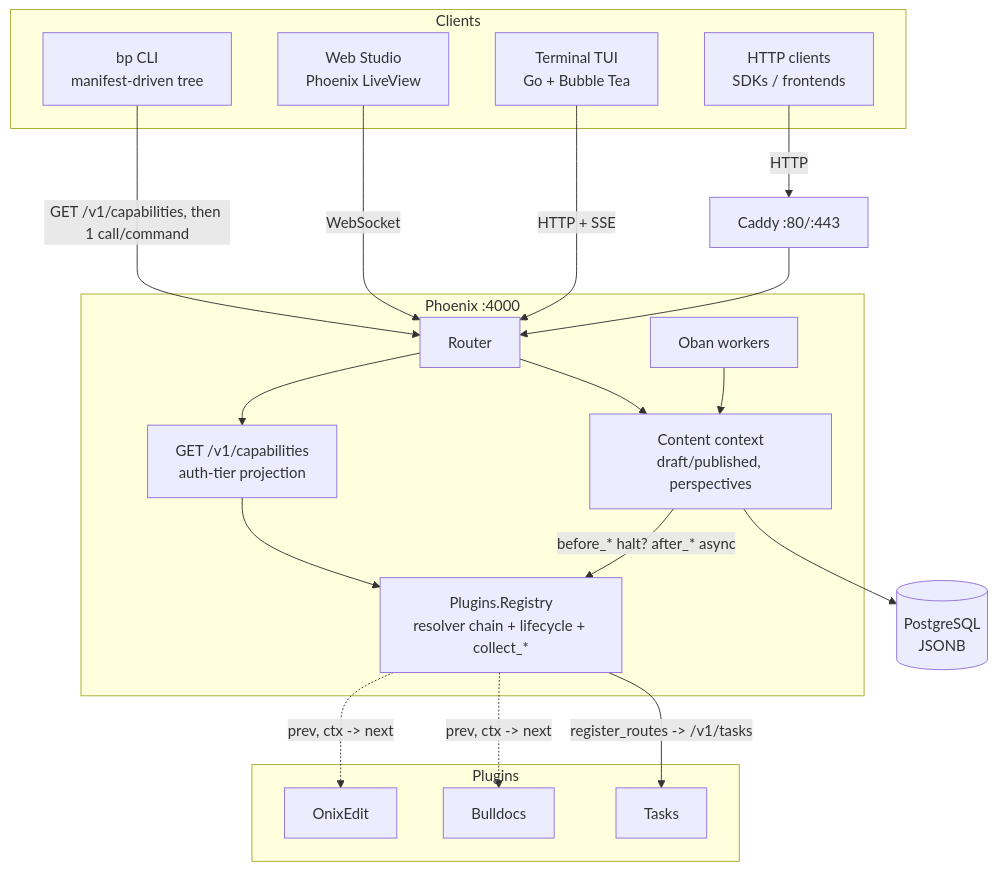
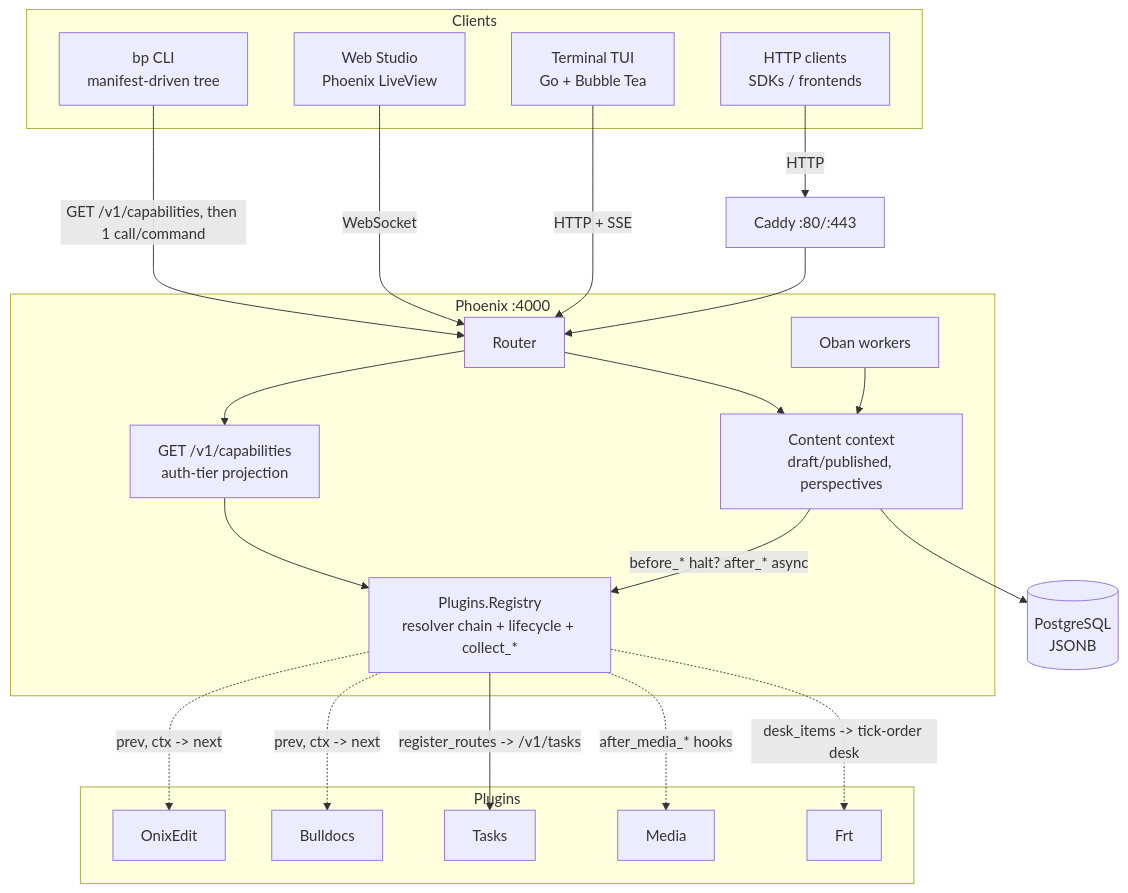
One commit to FRIKKern/barkpark changed the second of 2 diagrams in README.md. Above: the diagram before and after it, drawn with Mermaid. The commit also changed other lines of this file and 12 other files, not shown here.

````diff
--- a/README.md
+++ b/README.md
@@ -361,41 +363,45 @@
 ```mermaid
 flowchart TB
   subgraph Clients
     CLI[bp CLI<br/>manifest-driven tree]
     Studio[Web Studio<br/>Phoenix LiveView]
     TUI[Terminal TUI<br/>Go + Bubble Tea]
     HTTP[HTTP clients<br/>SDKs / frontends]
   end
 
   subgraph Phoenix[Phoenix :4000]
     Router[Router]
     Caps[GET /v1/capabilities<br/>auth-tier projection]
     Content[Content context<br/>draft/published, perspectives]
     Registry[Plugins.Registry<br/>resolver chain + lifecycle + collect_*]
     Workers[Oban workers]
   end
 
   subgraph Plugins
     OnixEdit[OnixEdit]
     Bulldocs[Bulldocs]
     Tasks[Tasks]
+    Media[Media]
+    Frt[Frt]
   end
 
   PG[(PostgreSQL<br/>JSONB)]
   Caddy[Caddy :80/:443]
 
   CLI -->|GET /v1/capabilities, then 1 call/command| Router
   Studio -->|WebSocket| Router
   TUI -->|HTTP + SSE| Router
   HTTP -->|HTTP| Caddy
   Caddy --> Router
   Router --> Caps
   Router --> Content
   Caps --> Registry
   Registry -.->|prev, ctx -> next| OnixEdit
   Registry -.->|prev, ctx -> next| Bulldocs
   Registry -->|register_routes -> /v1/tasks| Tasks
+  Registry -.->|after_media_* hooks| Media
+  Registry -.->|desk_items -> tick-order desk| Frt
   Content -->|before_* halt? after_* async| Registry
   Content --> PG
   Workers --> Content
 ```
````
